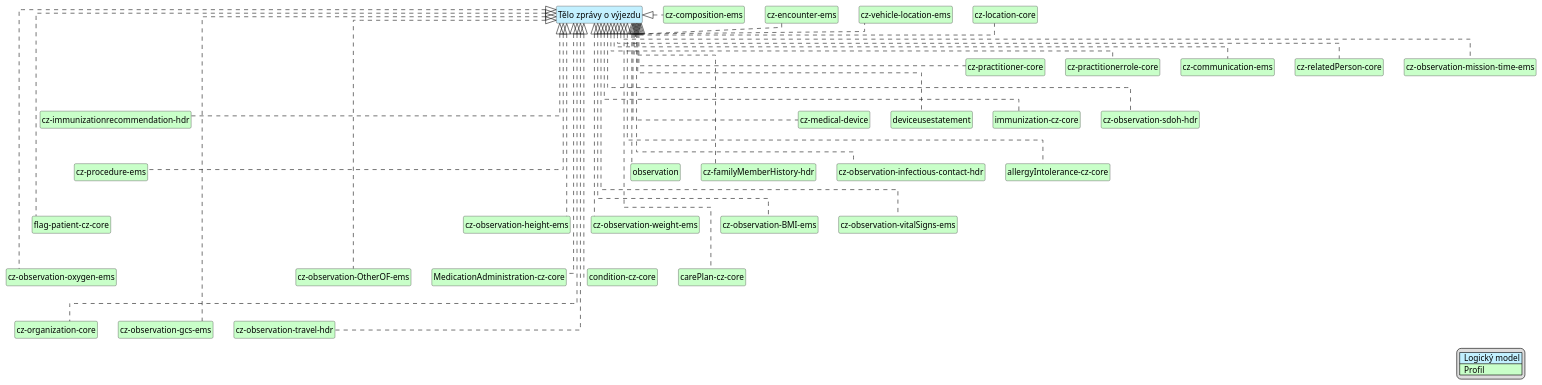
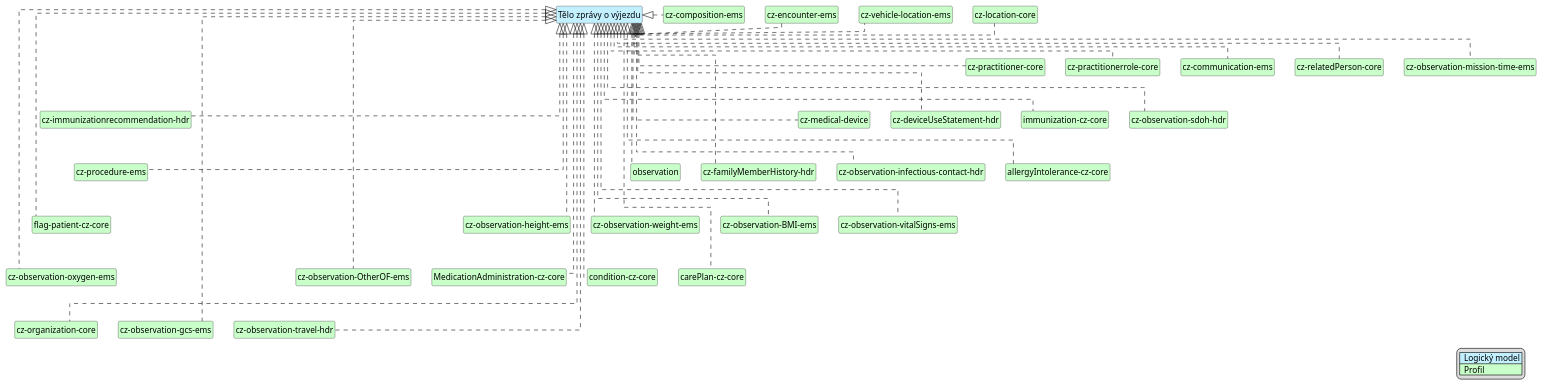
One commit to HL7-cz/cz-ems changed the diagram in input/images-source/emsBody-map-cs.plantuml. Above: the diagram before and after it, drawn with PlantUML. The commit also changed 19 other files, not shown here.

```diff
--- a/input/images-source/emsBody-map-cs.plantuml
+++ b/input/images-source/emsBody-map-cs.plantuml
@@ -1,116 +1,116 @@
 @startuml
 hide circle
 hide stereotype
 hide members
 hide methods
 skinparam linetype ortho
 skinparam class {
 BackgroundColor<<LogicalModel>> #APPLICATION
 BackgroundColor<<Profile>> #TECHNOLOGY
 }
 legend right
 | <#APPLICATION>  Logický model |
 | <#TECHNOLOGY>  Profil |
 endlegend
 
 class "Tělo zprávy o výjezdu" <<LogicalModel>> [[StructureDefinition-LogEmsReportCz.html]]
 
 class "cz-composition-ems" <<Profile>> [[StructureDefinition-cz-composition-ems.html]]
 class "cz-encounter-ems" <<Profile>> [[StructureDefinition-cz-encounter-ems.html]]
 class "cz-vehicle-location-ems" <<Profile>> [[StructureDefinition-cz-vehicle-location-ems.html]]
 class "cz-location-core" <<Profile>> [[https://build.fhir.org/ig/HL7-cz/cz-core/StructureDefinition-cz-location-core.html]]
 class "cz-practitioner-core" <<Profile>> [[https://build.fhir.org/ig/HL7-cz/cz-core/StructureDefinition-cz-practitioner-core.html]]
 class "cz-practitionerrole-core" <<Profile>> [[https://build.fhir.org/ig/HL7-cz/cz-core/StructureDefinition-cz-practitionerrole-core.html]]
 class "cz-communication-ems" <<Profile>> [[StructureDefinition-cz-communication-ems.html]]
 class "cz-relatedPerson-core" <<Profile>> [[https://build.fhir.org/ig/HL7-cz/cz-core/StructureDefinition-cz-relatedPerson-core.html]]
 class "cz-observation-mission-time-ems" <<Profile>> [[StructureDefinition-cz-observation-mission-time-ems.html]]
 class "cz-immunizationrecommendation-hdr" <<Profile>> [[https://build.fhir.org/ig/HL7-cz/hdr/StructureDefinition-cz-immunizationrecommendation-hdr.html]]
 class "cz-medical-device" <<Profile>> [[https://build.fhir.org/ig/HL7-cz/cz-core/StructureDefinition-cz-medical-device.html]]
-class "deviceusestatement" <<Profile>> [[https://hl7.org/fhir/R4/deviceusestatement.html]]
+class "cz-deviceUseStatement-hdr" <<Profile>> [[https://build.fhir.org/ig/HL7-cz/hdr/StructureDefinition-cz-deviceUseStatement-hdr.html]]
 class "immunization-cz-core" <<Profile>> [[https://build.fhir.org/ig/HL7-cz/cz-core/StructureDefinition-immunization-cz-core.html]]
 class "cz-observation-sdoh-hdr" <<Profile>> [[https://build.fhir.org/ig/HL7-cz/hdr/StructureDefinition-cz-observation-sdoh-hdr.html]]
 class "cz-procedure-ems" <<Profile>> [[StructureDefinition-cz-procedure-ems.html]]
 class "observation" <<Profile>> [[https://hl7.org/fhir/R4/observation.html]]
 class "cz-familyMemberHistory-hdr" <<Profile>> [[https://build.fhir.org/ig/HL7-cz/hdr/StructureDefinition-cz-familyMemberHistory-hdr.html]]
 class "cz-observation-infectious-contact-hdr" <<Profile>> [[https://build.fhir.org/ig/HL7-cz/hdr/StructureDefinition-cz-observation-infectious-contact-hdr.html]]
 class "allergyIntolerance-cz-core" <<Profile>> [[https://build.fhir.org/ig/HL7-cz/cz-core/StructureDefinition-allergyIntolerance-cz-core.html]]
 class "flag-patient-cz-core" <<Profile>> [[https://build.fhir.org/ig/HL7-cz/cz-core/StructureDefinition-flag-patient-cz-core.html]]
 class "cz-observation-height-ems" <<Profile>> [[StructureDefinition-cz-observation-height-ems.html]]
 class "cz-observation-weight-ems" <<Profile>> [[StructureDefinition-cz-observation-weight-ems.html]]
 class "cz-observation-BMI-ems" <<Profile>> [[StructureDefinition-cz-observation-BMI-ems.html]]
 class "cz-observation-vitalSigns-ems" <<Profile>> [[StructureDefinition-cz-observation-vitalSigns-ems.html]]
 class "cz-observation-oxygen-ems" <<Profile>> [[StructureDefinition-cz-observation-oxygen-ems.html]]
 class "cz-observation-OtherOF-ems" <<Profile>> [[StructureDefinition-cz-observation-OtherOF-ems.html]]
 class "MedicationAdministration-cz-core" <<Profile>> [[https://build.fhir.org/ig/HL7-cz/cz-core/StructureDefinition-MedicationAdministration-cz-core.html]]
 class "condition-cz-core" <<Profile>> [[https://build.fhir.org/ig/HL7-cz/cz-core/StructureDefinition-condition-cz-core.html]]
 class "carePlan-cz-core" <<Profile>> [[https://build.fhir.org/ig/HL7-cz/cz-core/StructureDefinition-carePlan-cz-core.html]]
 class "cz-organization-core" <<Profile>> [[https://build.fhir.org/ig/HL7-cz/cz-core/StructureDefinition-cz-organization-core.html]]
 class "cz-observation-gcs-ems" <<Profile>> [[StructureDefinition-cz-observation-gcs-ems.html]]
 class "cz-observation-travel-hdr" <<Profile>> [[https://build.fhir.org/ig/HL7-cz/hdr/StructureDefinition-cz-observation-travel-hdr.html]]
 
 "Tělo zprávy o výjezdu" <|. "cz-composition-ems"
 "Tělo zprávy o výjezdu" <|. "cz-encounter-ems"
 "Tělo zprávy o výjezdu" <|. "cz-vehicle-location-ems"
 "Tělo zprávy o výjezdu" <|. "cz-location-core"
 "Tělo zprávy o výjezdu" <|. "cz-practitioner-core"
 "Tělo zprávy o výjezdu" <|. "cz-practitionerrole-core"
 "Tělo zprávy o výjezdu" <|. "cz-communication-ems"
 "Tělo zprávy o výjezdu" <|. "cz-relatedPerson-core"
 "Tělo zprávy o výjezdu" <|. "cz-observation-mission-time-ems"
 "Tělo zprávy o výjezdu" <|. "cz-immunizationrecommendation-hdr"
 "Tělo zprávy o výjezdu" <|. "cz-medical-device"
-"Tělo zprávy o výjezdu" <|. "deviceusestatement"
+"Tělo zprávy o výjezdu" <|. "cz-deviceUseStatement-hdr"
 "Tělo zprávy o výjezdu" <|. "immunization-cz-core"
 "Tělo zprávy o výjezdu" <|. "cz-observation-sdoh-hdr"
 "Tělo zprávy o výjezdu" <|. "cz-procedure-ems"
 "Tělo zprávy o výjezdu" <|. "observation"
 "Tělo zprávy o výjezdu" <|. "cz-familyMemberHistory-hdr"
 "Tělo zprávy o výjezdu" <|. "cz-observation-infectious-contact-hdr"
 "Tělo zprávy o výjezdu" <|. "allergyIntolerance-cz-core"
 "Tělo zprávy o výjezdu" <|. "flag-patient-cz-core"
 "Tělo zprávy o výjezdu" <|. "cz-observation-height-ems"
 "Tělo zprávy o výjezdu" <|. "cz-observation-weight-ems"
 "Tělo zprávy o výjezdu" <|. "cz-observation-BMI-ems"
 "Tělo zprávy o výjezdu" <|. "cz-observation-vitalSigns-ems"
 "Tělo zprávy o výjezdu" <|. "cz-observation-oxygen-ems"
 "Tělo zprávy o výjezdu" <|. "cz-observation-OtherOF-ems"
 "Tělo zprávy o výjezdu" <|. "MedicationAdministration-cz-core"
 "Tělo zprávy o výjezdu" <|. "condition-cz-core"
 "Tělo zprávy o výjezdu" <|. "carePlan-cz-core"
 "Tělo zprávy o výjezdu" <|. "cz-organization-core"
 "Tělo zprávy o výjezdu" <|. "cz-observation-gcs-ems"
 "Tělo zprávy o výjezdu" <|. "cz-observation-travel-hdr"
 
 "cz-composition-ems" -r[hidden]-> "cz-encounter-ems"
 "cz-encounter-ems" -r[hidden]-> "cz-vehicle-location-ems"
 "cz-vehicle-location-ems" -r[hidden]-> "cz-location-core"
 "cz-composition-ems" -d[hidden]-> "cz-practitioner-core"
 "cz-practitioner-core" -r[hidden]-> "cz-practitionerrole-core"
 "cz-practitionerrole-core" -r[hidden]-> "cz-communication-ems"
 "cz-communication-ems" -r[hidden]-> "cz-relatedPerson-core"
 "cz-relatedPerson-core" -r[hidden]-> "cz-observation-mission-time-ems"
 "cz-practitioner-core" -d[hidden]-> "cz-immunizationrecommendation-hdr"
 "cz-immunizationrecommendation-hdr" -r[hidden]-> "cz-medical-device"
-"cz-medical-device" -r[hidden]-> "deviceusestatement"
-"deviceusestatement" -r[hidden]-> "immunization-cz-core"
+"cz-medical-device" -r[hidden]-> "cz-deviceUseStatement-hdr"
+"cz-deviceUseStatement-hdr" -r[hidden]-> "immunization-cz-core"
 "immunization-cz-core" -r[hidden]-> "cz-observation-sdoh-hdr"
 "cz-immunizationrecommendation-hdr" -d[hidden]-> "cz-procedure-ems"
 "cz-procedure-ems" -r[hidden]-> "observation"
 "observation" -r[hidden]-> "cz-familyMemberHistory-hdr"
 "cz-familyMemberHistory-hdr" -r[hidden]-> "cz-observation-infectious-contact-hdr"
 "cz-observation-infectious-contact-hdr" -r[hidden]-> "allergyIntolerance-cz-core"
 "cz-procedure-ems" -d[hidden]-> "flag-patient-cz-core"
 "flag-patient-cz-core" -r[hidden]-> "cz-observation-height-ems"
 "cz-observation-height-ems" -r[hidden]-> "cz-observation-weight-ems"
 "cz-observation-weight-ems" -r[hidden]-> "cz-observation-BMI-ems"
 "cz-observation-BMI-ems" -r[hidden]-> "cz-observation-vitalSigns-ems"
 "flag-patient-cz-core" -d[hidden]-> "cz-observation-oxygen-ems"
 "cz-observation-oxygen-ems" -r[hidden]-> "cz-observation-OtherOF-ems"
 "cz-observation-OtherOF-ems" -r[hidden]-> "MedicationAdministration-cz-core"
 "MedicationAdministration-cz-core" -r[hidden]-> "condition-cz-core"
 "condition-cz-core" -r[hidden]-> "carePlan-cz-core"
 "cz-observation-oxygen-ems" -d[hidden]-> "cz-organization-core"
 "cz-organization-core" -r[hidden]-> "cz-observation-gcs-ems"
 "cz-observation-gcs-ems" -r[hidden]-> "cz-observation-travel-hdr"
 "cz-location-core" -r[hidden]-> "cz-practitioner-core"
 @enduml
```
